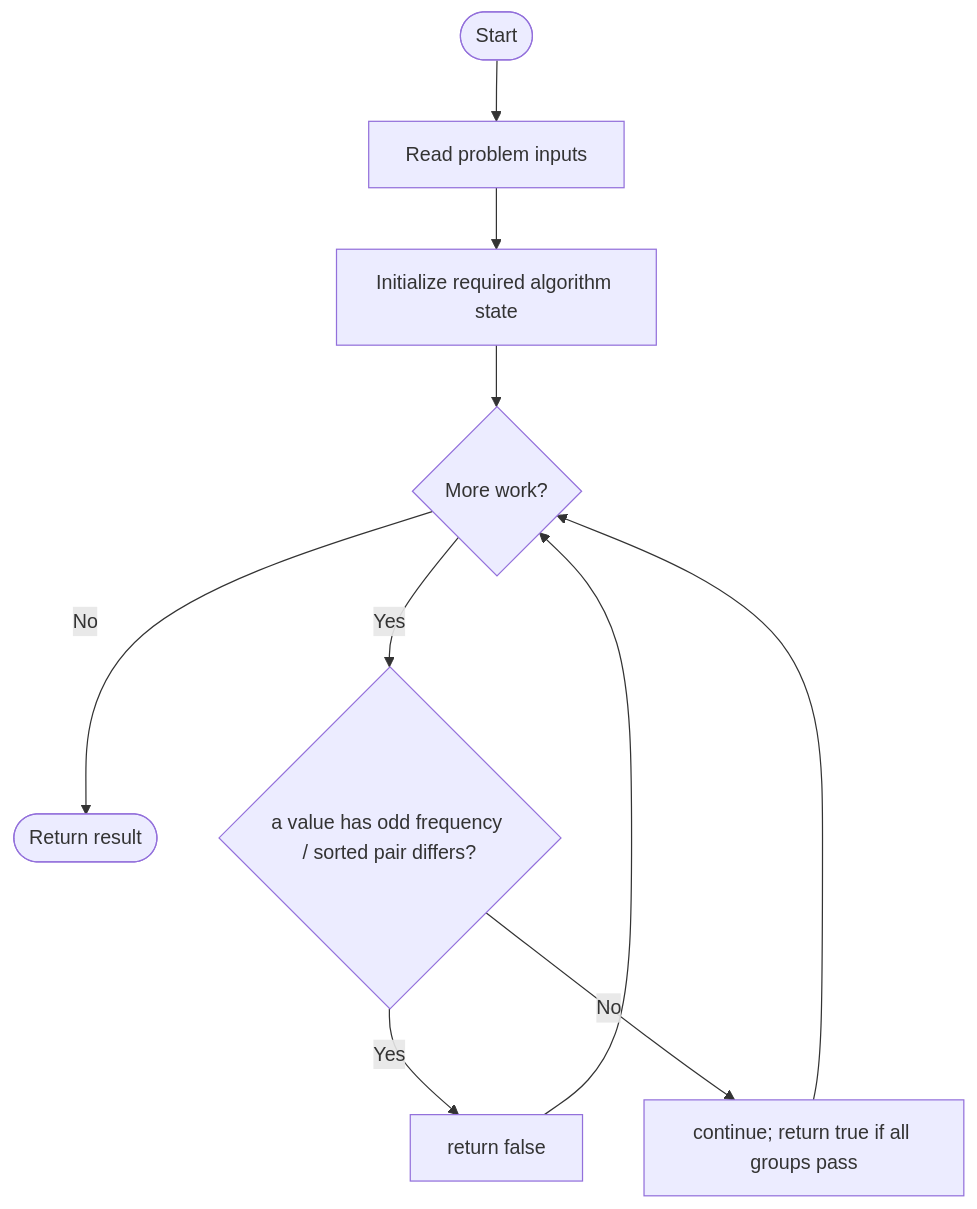
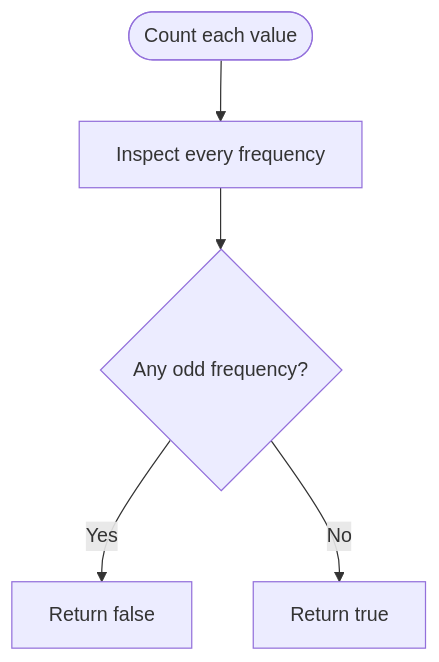
Before and after one commit to SAIDEEPBHANGE/C-CPP-Codes: the diagram in LeetCode/2206/README.md, drawn with Mermaid. The commit also changed other lines of this file and 196 other files, not shown here.

````diff
--- a/LeetCode/2206/README.md
+++ b/LeetCode/2206/README.md
@@ -13,12 +32,7 @@
 ```mermaid
 flowchart TD
-    A([Start]) --> B[Read problem inputs]
-    B --> C[Initialize required algorithm state]
-    C --> D{More work?}
-    D -- No --> Z([Return result])
-    D -- Yes --> E{a value has odd frequency / sorted pair differs?}
-    E -- Yes --> F[return false]
-    E -- No --> G[continue; return true if all groups pass]
-    F --> D
-    G --> D
+    A([Count each value]) --> B[Inspect every frequency]
+    B --> C{Any odd frequency?}
+    C -- Yes --> D[Return false]
+    C -- No --> E[Return true]
 ```
````
